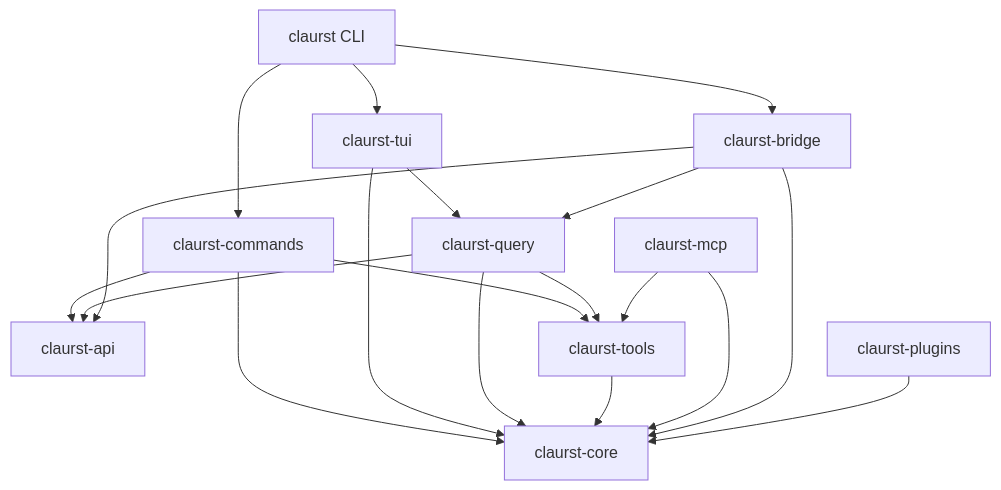
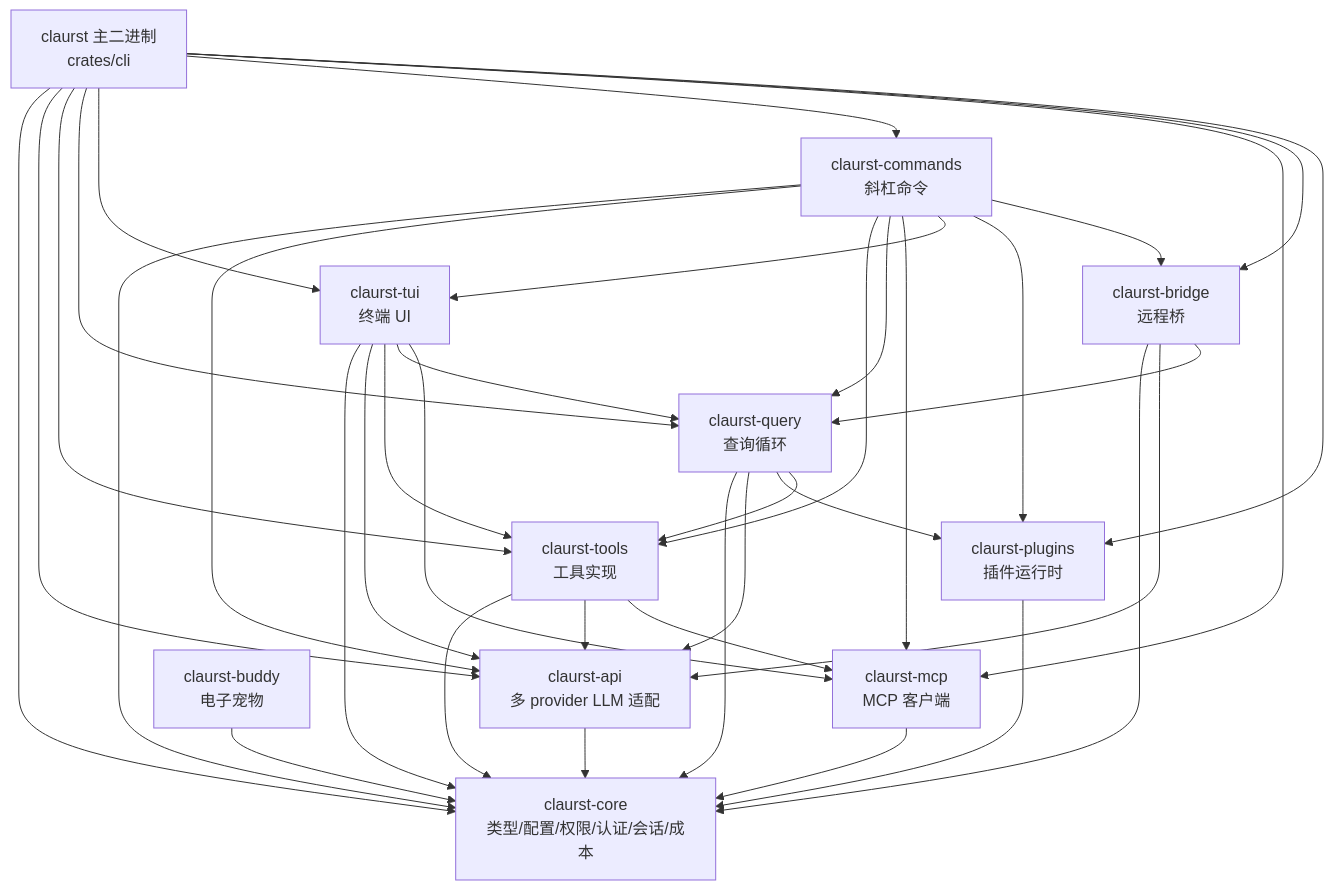
Before and after one commit to zephyraluco/robot-system: the first of 2 diagrams in docs/modules.md, drawn with Mermaid. The commit also changed other lines of this file and 11 other files, not shown here.

````diff
--- a/docs/modules.md
+++ b/docs/modules.md
@@ -137,21 +40,25 @@
 ```mermaid
 graph TD
-    CLI[claurst CLI] --> TUI[claurst-tui]
-    CLI --> COMMANDS[claurst-commands]
-    CLI --> BRIDGE[claurst-bridge]
-    COMMANDS --> CORE[claurst-core]
-    COMMANDS --> API[claurst-api]
-    COMMANDS --> TOOLS[claurst-tools]
-    TUI --> QUERY[claurst-query]
-    TUI --> CORE
-    QUERY --> API
-    QUERY --> TOOLS
-    QUERY --> CORE
-    TOOLS --> CORE
-    MCP[claurst-mcp] --> TOOLS
+    CORE[claurst-core<br/>类型/配置/权限/认证/会话/成本]
+    API[claurst-api<br/>多 provider LLM 适配]
+    MCP[claurst-mcp<br/>MCP 客户端]
+    PLUGINS[claurst-plugins<br/>插件运行时]
+    TOOLS[claurst-tools<br/>工具实现]
+    QUERY[claurst-query<br/>查询循环]
+    TUI[claurst-tui<br/>终端 UI]
+    CMD[claurst-commands<br/>斜杠命令]
+    BRIDGE[claurst-bridge<br/>远程桥]
+    BUDDY[claurst-buddy<br/>电子宠物]
+    BIN[claurst 主二进制<br/>crates/cli]
+
+    API --> CORE
     MCP --> CORE
-    BRIDGE --> API
-    BRIDGE --> QUERY
-    BRIDGE --> CORE
-    PLUGINS[claurst-plugins] --> CORE
+    PLUGINS --> CORE
+    BUDDY --> CORE
+    BRIDGE --> CORE & API & QUERY
+    TOOLS --> CORE & API & MCP
+    QUERY --> CORE & API & PLUGINS & TOOLS
+    TUI --> CORE & API & TOOLS & QUERY & MCP
+    CMD --> CORE & API & TOOLS & QUERY & MCP & TUI & PLUGINS & BRIDGE
+    BIN --> CORE & API & TOOLS & QUERY & TUI & CMD & MCP & BRIDGE & PLUGINS
 ```
````
